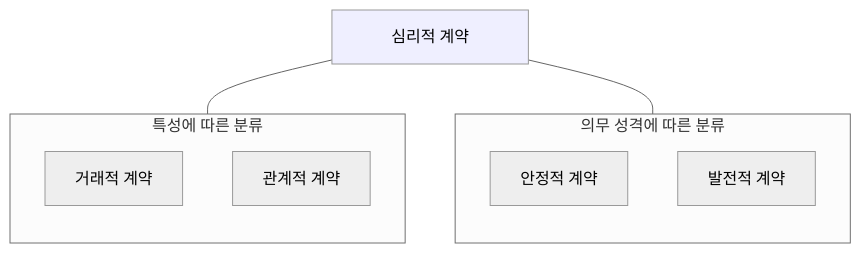
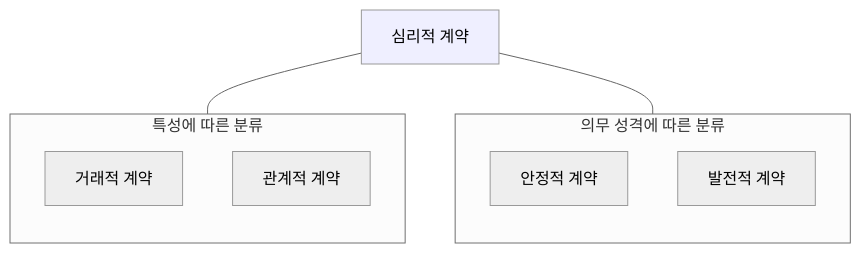
The first of 2 diagrams in 0104인력과직무설계.qmd (yeonkyupark/pepc2e), drawn with Mermaid (neutral theme) before and after one commit. The commit also changed other lines of this file, not shown here.

````diff
--- a/0104인력과직무설계.qmd
+++ b/0104인력과직무설계.qmd
@@ -82,18 +66,18 @@
 ```{mermaid}
 %%| fig-cap: "심리적 계약 분류"
 
 flowchart TB
-subgraph 가가[특성에 따른 분류]
-direction TB
-나[거래적 계약]
-다[관계적 계약]
-end
-subgraph 가나[의무 성격에 따른 분류]
-direction TB
-라[안정적 계약]
-마[발전적 계약]
-end
-가[ㅤㅤ심리적 계약ㅤㅤ] --- 가가 & 가나
+	subgraph sb10[특성에 따른 분류]
+	direction TB
+	나[거래적 계약]
+	다[관계적 계약]
+	end
+	subgraph sb20[의무 성격에 따른 분류]
+	direction TB
+	라[안정적 계약]
+	마[발전적 계약]
+	end
+	가[심리적 계약] --- sb10 & sb20
 
 style 가 fill:#efefff
 ```
````
